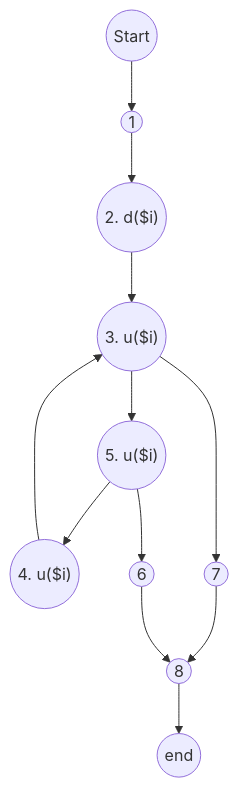
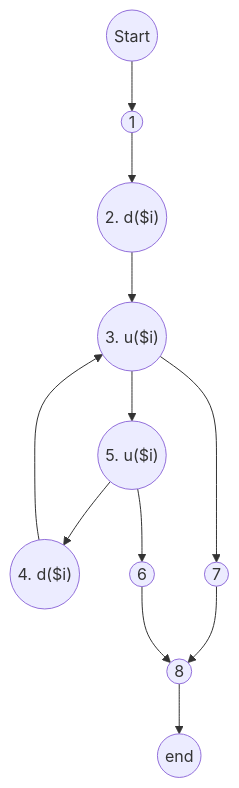
The fifth of 5 diagrams in _posts/2023-11-30-KTPM2.md (tienminhvy/ghnotes), drawn with Mermaid before and after one commit.

Commit message:
_posts/2023-11-30-KTPM2.md updated from https://stackedit.io/

````diff
--- a/_posts/2023-11-30-KTPM2.md
+++ b/_posts/2023-11-30-KTPM2.md
@@ -193,13 +193,13 @@
 ```mermaid
 flowchart TD
 idstart((Start)) 
 --> id1(("1"))
 --> id2(("2. d($i)")) 
 --> id3(("3. u($i)"))
 --> id5(("5. u($i)"))
 --> id4((4))
-id4(("4. u($i)")) -->id3 
+id4(("4. d($i)")) -->id3 
 id3-->id((7))-->id100
 id5 -->id6((6))-->id100((8))
 -->idend((end))
 ```
````
